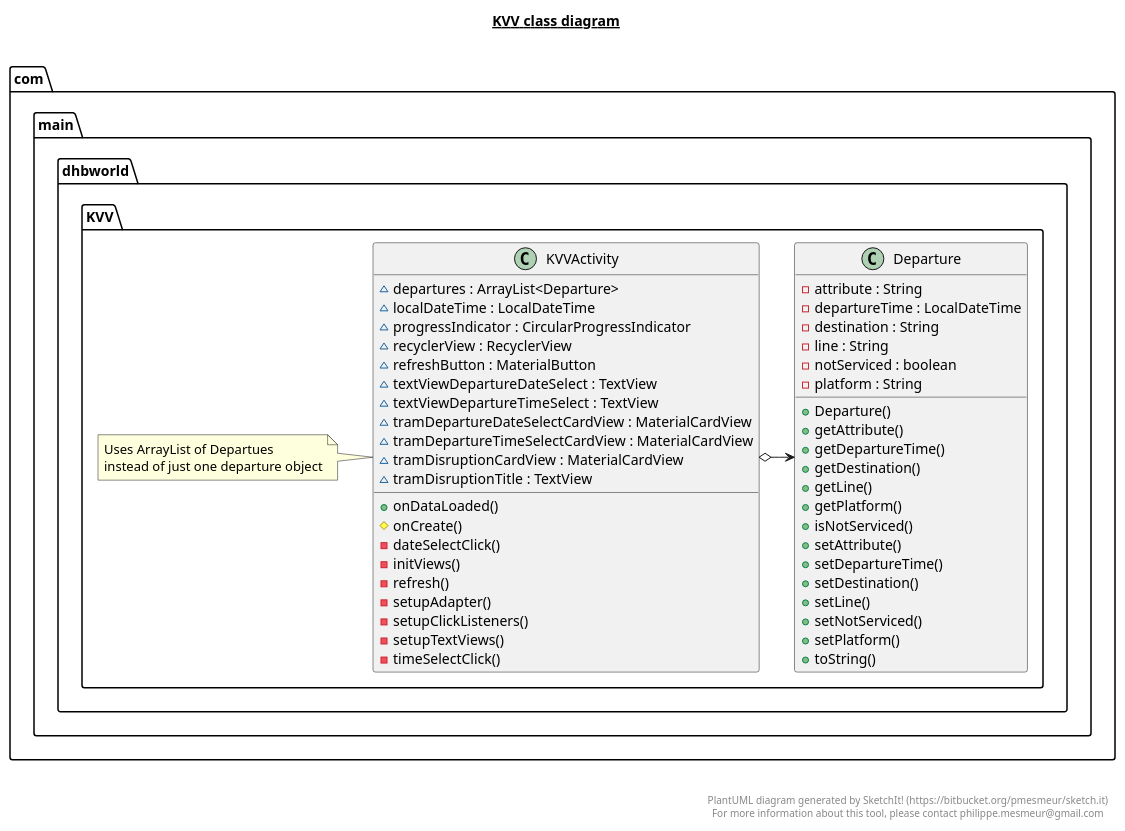
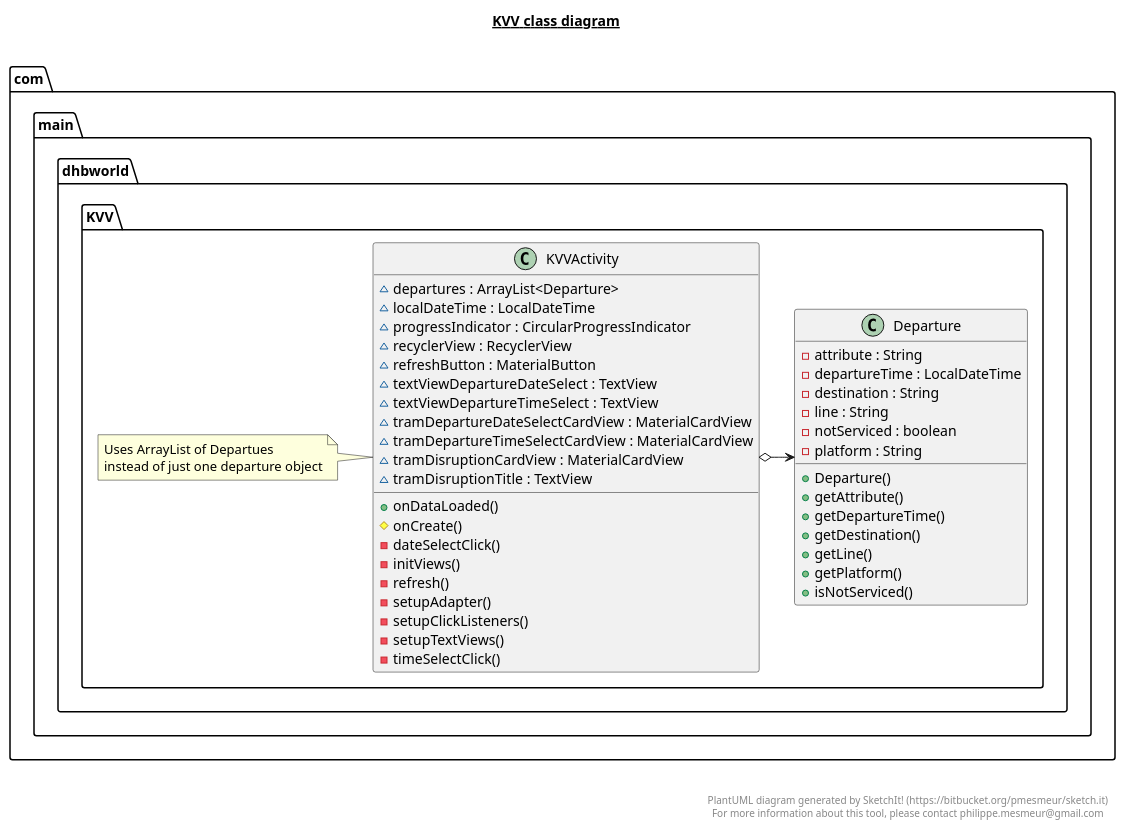
One commit to DHBWorld/DHBWorld changed the diagram in app/src/main/java/com/main/dhbworld/KVV.plantuml. Above: the diagram before and after it, drawn with PlantUML. The commit also changed 1 other file, not shown here.

Commit message:
Removed setter in Departure

```diff
--- a/app/src/main/java/com/main/dhbworld/KVV.plantuml
+++ b/app/src/main/java/com/main/dhbworld/KVV.plantuml
@@ -1,67 +1,60 @@
 @startuml
 
 title __KVV class diagram__\n
 
   namespace com.main.dhbworld.KVV {
     class com.main.dhbworld.KVV.KVVActivity {
         ~ departures : ArrayList<Departure>
         ~ localDateTime : LocalDateTime
         ~ progressIndicator : CircularProgressIndicator
         ~ recyclerView : RecyclerView
         ~ refreshButton : MaterialButton
         ~ textViewDepartureDateSelect : TextView
         ~ textViewDepartureTimeSelect : TextView
         ~ tramDepartureDateSelectCardView : MaterialCardView
         ~ tramDepartureTimeSelectCardView : MaterialCardView
         ~ tramDisruptionCardView : MaterialCardView
         ~ tramDisruptionTitle : TextView
         + onDataLoaded()
         # onCreate()
         - dateSelectClick()
         - initViews()
         - refresh()
         - setupAdapter()
         - setupClickListeners()
         - setupTextViews()
         - timeSelectClick()
     }
 
     note left : Uses ArrayList of Departues\ninstead of just one departure object
 
   }
       namespace com.main.dhbworld.KVV {
         class com.main.dhbworld.KVV.Departure {
             - attribute : String
             - departureTime : LocalDateTime
             - destination : String
             - line : String
             - notServiced : boolean
             - platform : String
             + Departure()
             + getAttribute()
             + getDepartureTime()
             + getDestination()
             + getLine()
             + getPlatform()
             + isNotServiced()
-            + setAttribute()
-            + setDepartureTime()
-            + setDestination()
-            + setLine()
-            + setNotServiced()
-            + setPlatform()
-            + toString()
         }
       }
 
     com.main.dhbworld.KVV.KVVActivity o-> com.main.dhbworld.KVV.Departure
 
 
 right footer
 
 
 PlantUML diagram generated by SketchIt! (https://bitbucket.org/pmesmeur/sketch.it)
 For more information about this tool, please contact philippe.mesmeur@gmail.com
 endfooter
 
 @enduml
```
